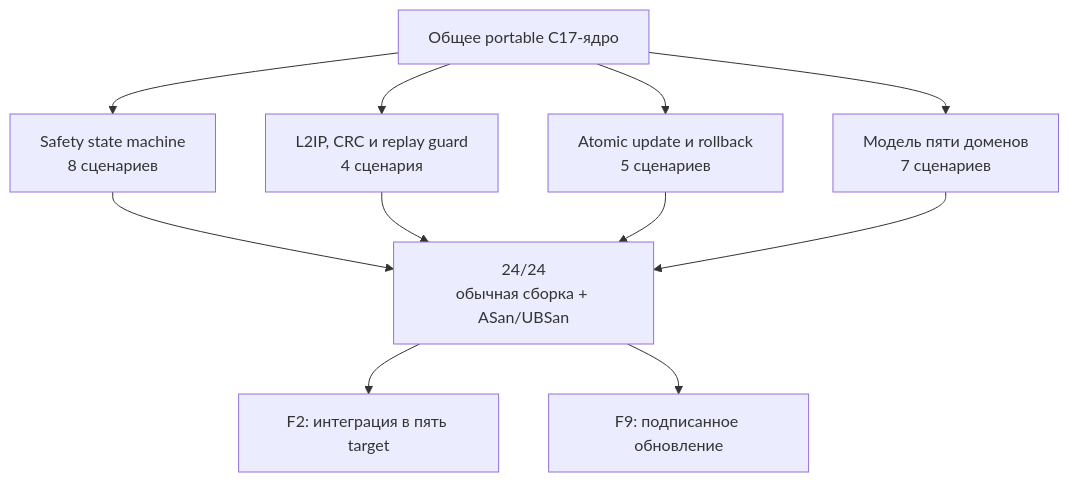
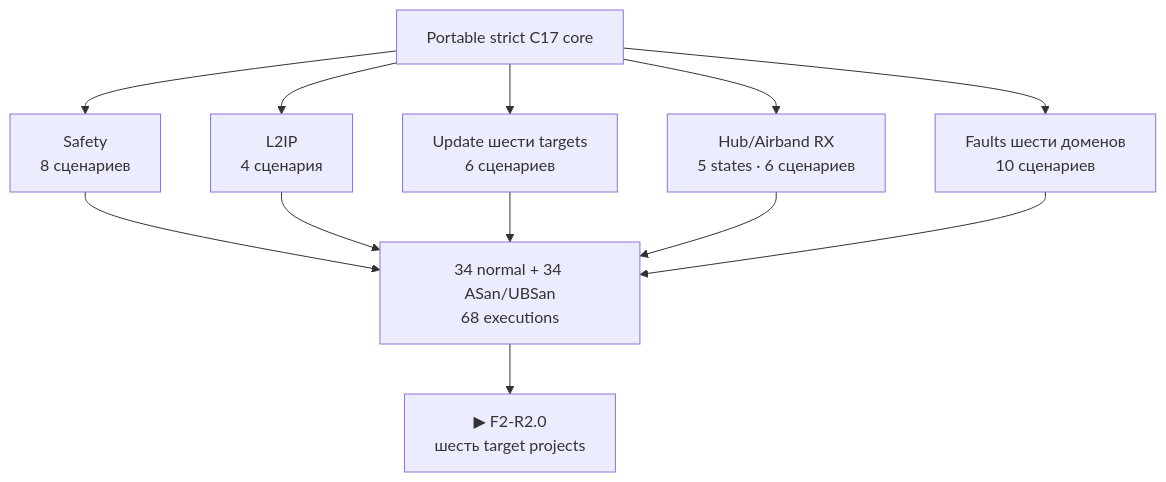
The diagram in docs/f1-portable-cores-report.ru.md (anton-vinogradov/esp32-leshy2-firmware), drawn with Mermaid before and after one commit. The commit also changed other lines of this file and 15 other files, not shown here.

````diff
--- a/docs/f1-portable-cores-report.ru.md
+++ b/docs/f1-portable-cores-report.ru.md
@@ -10,15 +12,16 @@
 ```mermaid
 flowchart TB
-  C["Общее portable C17-ядро"]
-  S["Safety state machine<br/>8 сценариев"]
-  L["L2IP, CRC и replay guard<br/>4 сценария"]
-  U["Atomic update и rollback<br/>5 сценариев"]
-  M["Модель пяти доменов<br/>7 сценариев"]
-  V["24/24<br/>обычная сборка + ASan/UBSan"]
+  C["Portable strict C17 core"]
+  S["Safety<br/>8 сценариев"]
+  L["L2IP<br/>4 сценария"]
+  U["Update шести targets<br/>6 сценариев"]
+  R["Hub/Airband RX<br/>5 states · 6 сценариев"]
+  M["Faults шести доменов<br/>10 сценариев"]
+  V["34 normal + 34 ASan/UBSan<br/>68 executions"]
   C --> S --> V
   C --> L --> V
   C --> U --> V
+  C --> R --> V
   C --> M --> V
-  V --> F2["F2: интеграция в пять target"]
-  V --> F9["F9: подписанное обновление"]
+  V --> F2["▶ F2-R2.0<br/>шесть target projects"]
 ```
````
